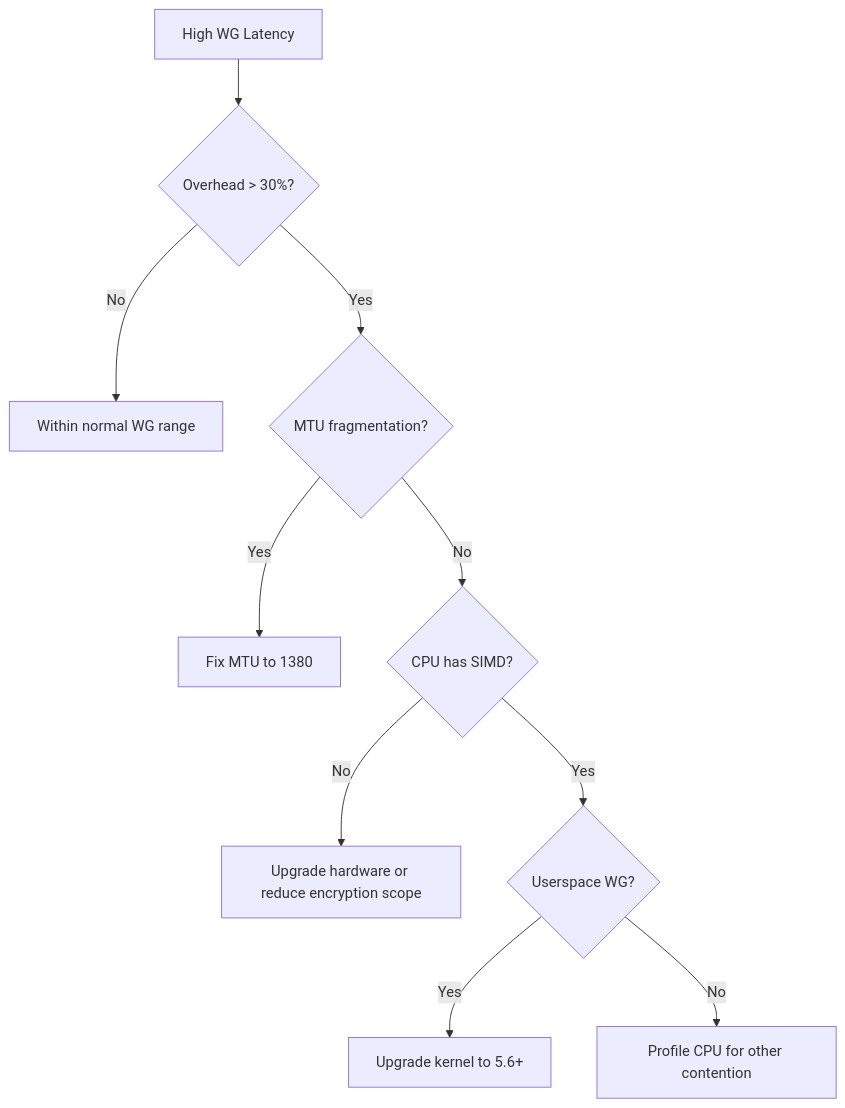
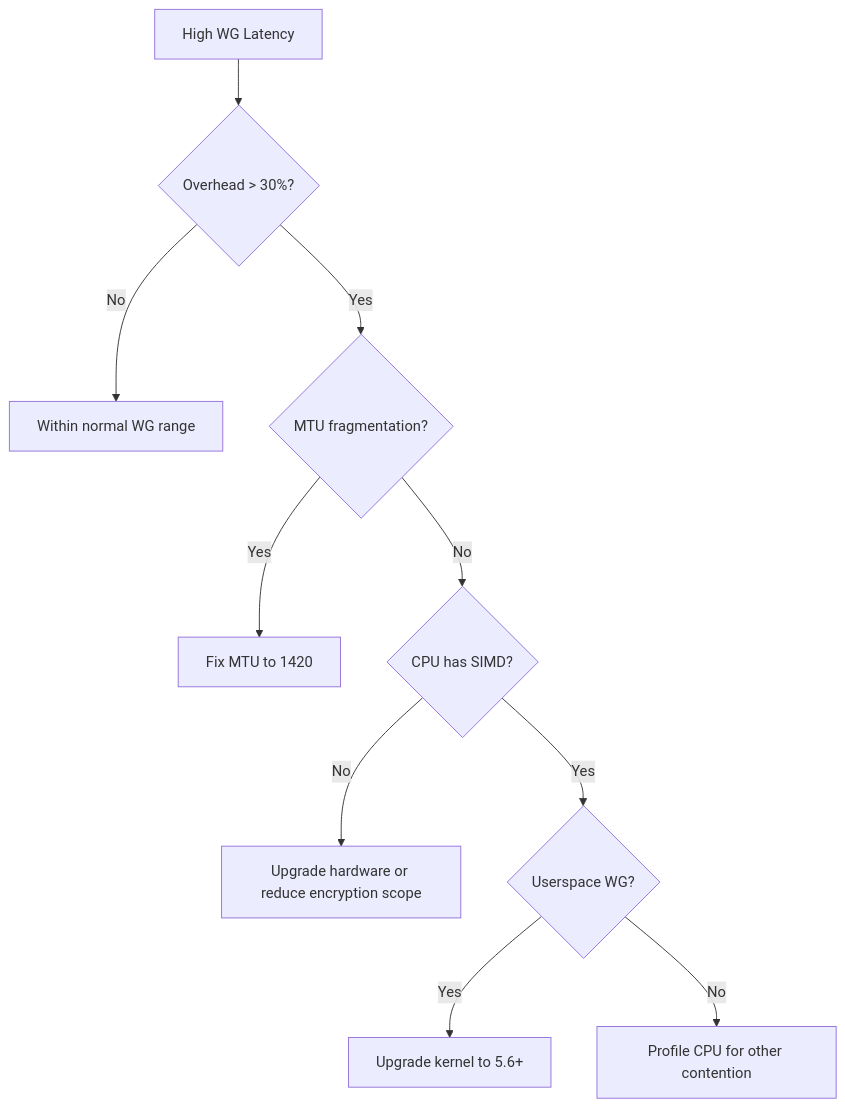
One commit to OneUptime/blog changed the diagram in posts/2026-03-14-troubleshoot-wireguard-request-response-cilium-performance/README.md. Above: the diagram before and after it, drawn with Mermaid. The commit also changed other lines of this file and 51 other files, not shown here.

````diff
--- a/posts/2026-03-14-troubleshoot-wireguard-request-response-cilium-performance/README.md
+++ b/posts/2026-03-14-troubleshoot-wireguard-request-response-cilium-performance/README.md
@@ -88,12 +88,12 @@
 ```mermaid
 graph TD
     A[High WG Latency] --> B{Overhead > 30%?}
     B -->|No| C[Within normal WG range]
     B -->|Yes| D{MTU fragmentation?}
-    D -->|Yes| E[Fix MTU to 1380]
+    D -->|Yes| E[Fix MTU to 1420]
     D -->|No| F{CPU has SIMD?}
     F -->|No| G[Upgrade hardware or reduce encryption scope]
     F -->|Yes| H{Userspace WG?}
     H -->|Yes| I[Upgrade kernel to 5.6+]
     H -->|No| J[Profile CPU for other contention]
 ```
````
